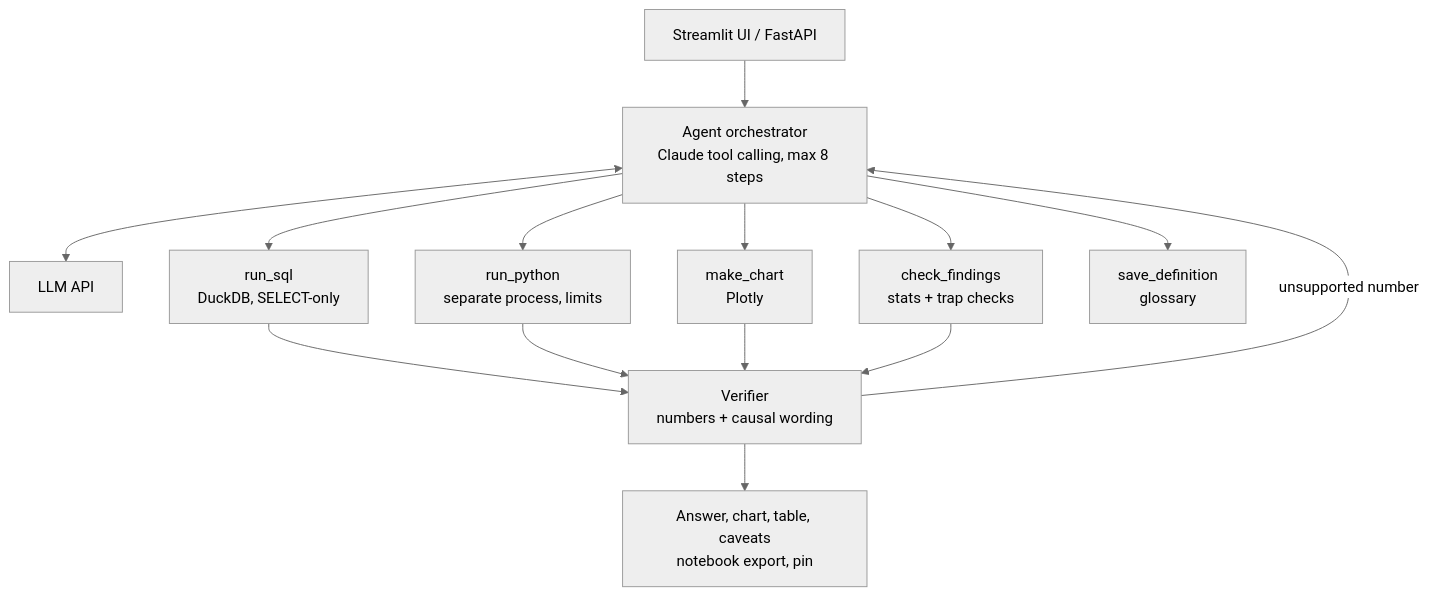
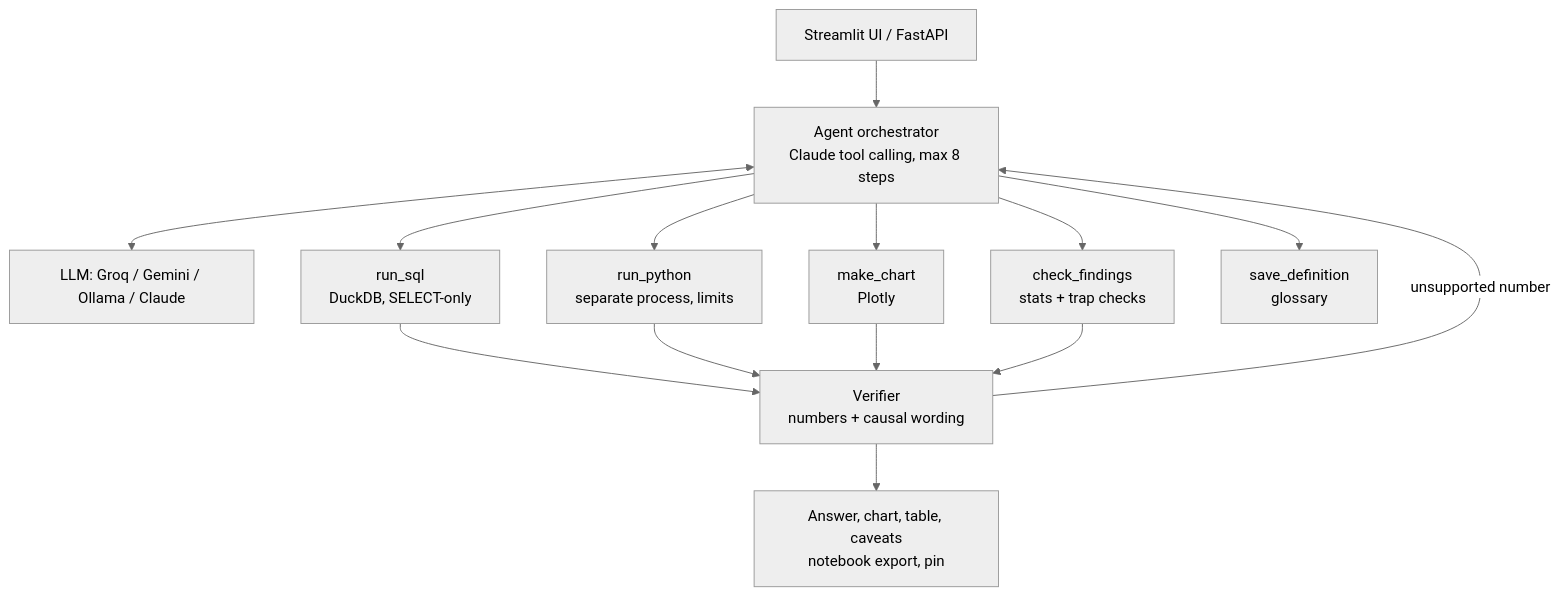
Before and after one commit to meghap-27/Whiskers-: the diagram in README.md, drawn with Mermaid (neutral theme). The commit also changed other lines of this file and 8 other files, not shown here.

First line of the commit message:
Run on free AI providers (Groq, Gemini, Ollama) and show API errors plainly

````diff
--- a/README.md
+++ b/README.md
@@ -32,13 +33,13 @@
 ```mermaid
 flowchart TD
     U[Streamlit UI / FastAPI] --> O[Agent orchestrator<br/>Claude tool calling, max 8 steps]
-    O <--> L[LLM API]
+    O <--> L[LLM: Groq / Gemini / Ollama / Claude]
     O --> S[run_sql<br/>DuckDB, SELECT-only]
     O --> P[run_python<br/>separate process, limits]
     O --> C[make_chart<br/>Plotly]
     O --> F[check_findings<br/>stats + trap checks]
     O --> G[save_definition<br/>glossary]
     S & P & C & F --> V[Verifier<br/>numbers + causal wording]
     V -- unsupported number --> O
     V --> A[Answer, chart, table, caveats<br/>notebook export, pin]
 ```
````
